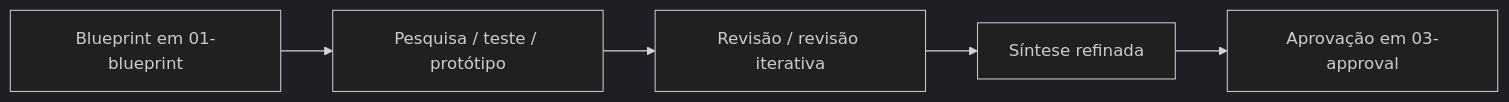
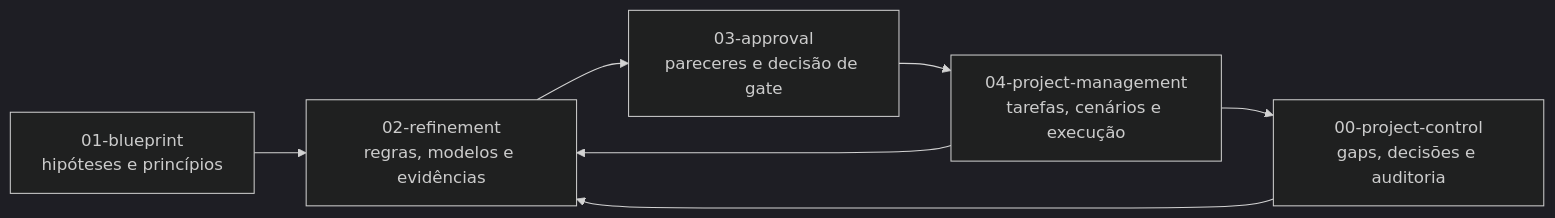
The first of 3 diagrams in 02-refinement/README.md (pratofeitoo/the-new-hub-proj-dev-2), drawn with Mermaid (dark theme) before and after one commit. The commit also changed other lines of this file and 69 other files, not shown here.

````diff
--- a/02-refinement/README.md
+++ b/02-refinement/README.md
@@ -17,7 +27,9 @@
 ```mermaid
 flowchart LR
-    A[Blueprint em 01-blueprint] --> B[Pesquisa / teste / protótipo]
-    B --> C[Revisão / revisão iterativa]
-    C --> D[Síntese refinada]
-    D --> E[Aprovação em 03-approval]
+    BP[01-blueprint<br/>hipóteses e princípios] --> REF[02-refinement<br/>regras, modelos e evidências]
+    REF --> APP[03-approval<br/>pareceres e decisão de gate]
+    APP --> EXEC[04-project-management<br/>tarefas, cenários e execução]
+    EXEC --> REF
+    EXEC --> CTRL[00-project-control<br/>gaps, decisões e auditoria]
+    CTRL --> REF
 ```
````
